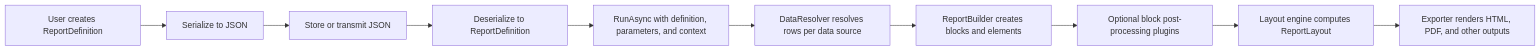
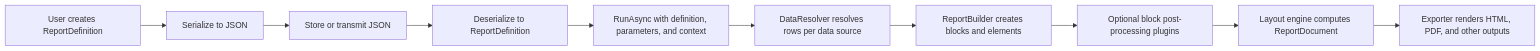
Before and after one commit to Netcodr81/kinetic-reports: the first of 3 diagrams in docs/13-report-authoring-and-json-workflow.md, drawn with Mermaid. The commit also changed other lines of this file and 53 other files, not shown here.

First line of the commit message:
Refactor report layout and rendering components

````diff
--- a/docs/13-report-authoring-and-json-workflow.md
+++ b/docs/13-report-authoring-and-json-workflow.md
@@ -26,12 +26,12 @@
 ```mermaid
 flowchart LR
   A["User creates ReportDefinition"] --> B["Serialize to JSON"]
   B --> C["Store or transmit JSON"]
   C --> D["Deserialize to ReportDefinition"]
   D --> E["RunAsync with definition, parameters, and context"]
   E --> F["DataResolver resolves rows per data source"]
   F --> G["ReportBuilder creates blocks and elements"]
    G --> H["Optional block post-processing plugins"]
-   H --> I["Layout engine computes ReportLayout"]
+   H --> I["Layout engine computes ReportDocument"]
    I --> J["Exporter renders HTML, PDF, and other outputs"]
 ```
````
